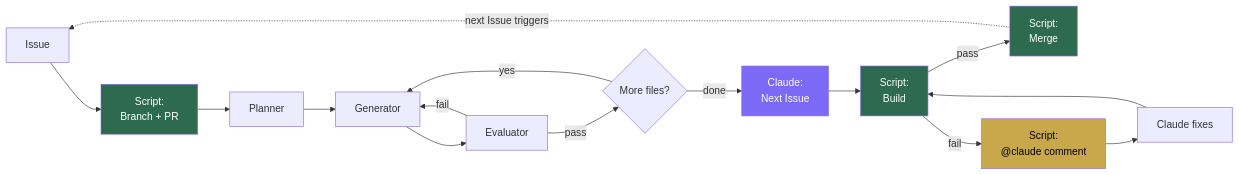
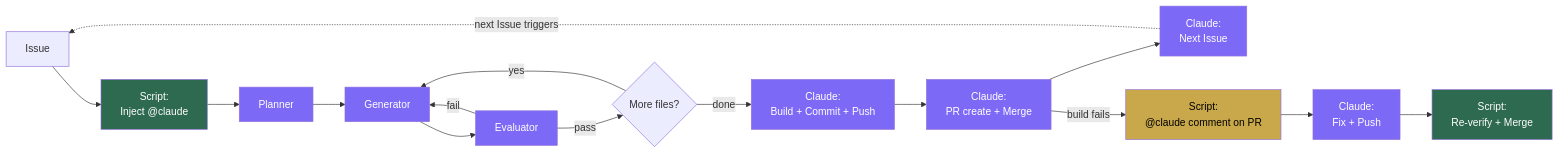
Before and after one commit to RyutoYoda/claude-continuous-loop: the first of 2 diagrams in docs/architecture.md, drawn with Mermaid. The commit also changed other lines of this file, not shown here.

Commit message:
docs: update architecture to reflect Claude handling full cycle

````diff
--- a/docs/architecture.md
+++ b/docs/architecture.md
@@ -5,23 +5,28 @@
 ```mermaid
 flowchart LR
-    A[Issue] --> B["Script:<br/>Branch + PR"]
+    A[Issue] --> B["Script:<br/>Inject @claude"]
     B --> C[Planner]
     C --> D[Generator]
     D --> E[Evaluator]
     E -->|fail| D
     E -->|pass| F{"More files?"}
     F -->|yes| D
-    F -->|done| G["Claude:<br/>Next Issue"]
-    G --> H["Script:<br/>Build"]
-    H -->|pass| I["Script:<br/>Merge"]
-    H -->|fail| J["Script:<br/>@claude comment"]
-    J --> K[Claude fixes]
-    K --> H
+    F -->|done| G["Claude:<br/>Build + Commit + Push"]
+    G --> H["Claude:<br/>PR create + Merge"]
+    H --> I["Claude:<br/>Next Issue"]
     I -.->|"next Issue triggers"| A
+    H -->|build fails| J["Script:<br/>@claude comment on PR"]
+    J --> K["Claude:<br/>Fix + Push"]
+    K --> L["Script:<br/>Re-verify + Merge"]
 
     style B fill:#2d6a4f,color:#fff
-    style H fill:#2d6a4f,color:#fff
-    style I fill:#2d6a4f,color:#fff
     style J fill:#c9a84c,color:#000
+    style L fill:#2d6a4f,color:#fff
+    style C fill:#7c6af7,color:#fff
+    style D fill:#7c6af7,color:#fff
+    style E fill:#7c6af7,color:#fff
     style G fill:#7c6af7,color:#fff
+    style H fill:#7c6af7,color:#fff
+    style I fill:#7c6af7,color:#fff
+    style K fill:#7c6af7,color:#fff
 ```
````
